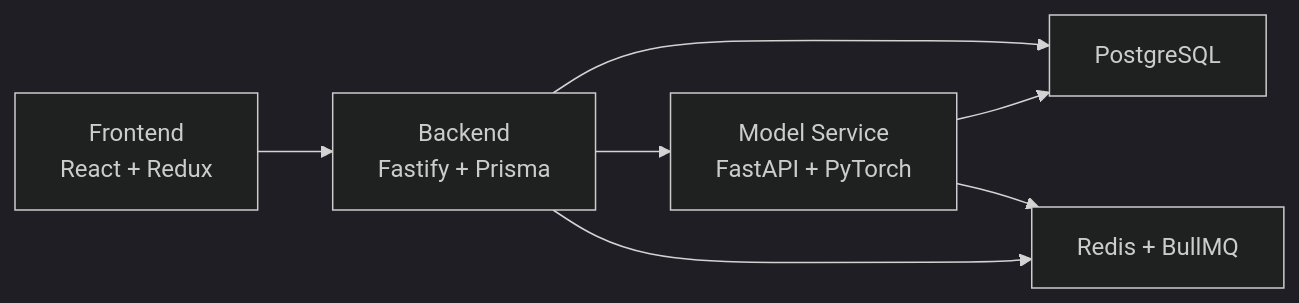
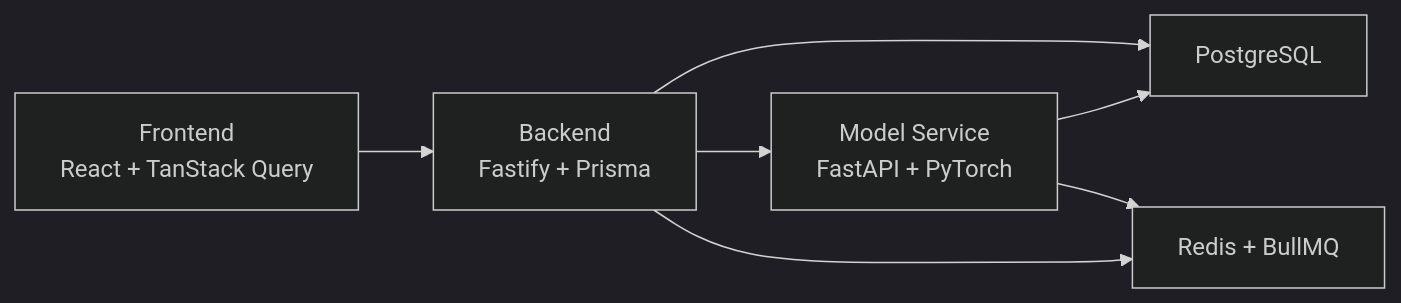
The diagram in docs/docs/intro.md (parafovea/fovea), drawn with Mermaid (dark theme) before and after one commit. The commit also changed 44 other files, not shown here.

Commit message:
Completes state management migration from Redux to TanStack Query and Zustand

````diff
--- a/docs/docs/intro.md
+++ b/docs/docs/intro.md
@@ -45,9 +45,9 @@
 ```mermaid
 graph LR
-    A[Frontend<br/>React + Redux] --> B[Backend<br/>Fastify + Prisma]
+    A[Frontend<br/>React + TanStack Query] --> B[Backend<br/>Fastify + Prisma]
     B --> C[PostgreSQL]
     B --> D[Model Service<br/>FastAPI + PyTorch]
     D --> C
     B --> E[Redis + BullMQ]
     D --> E
 ```
````
